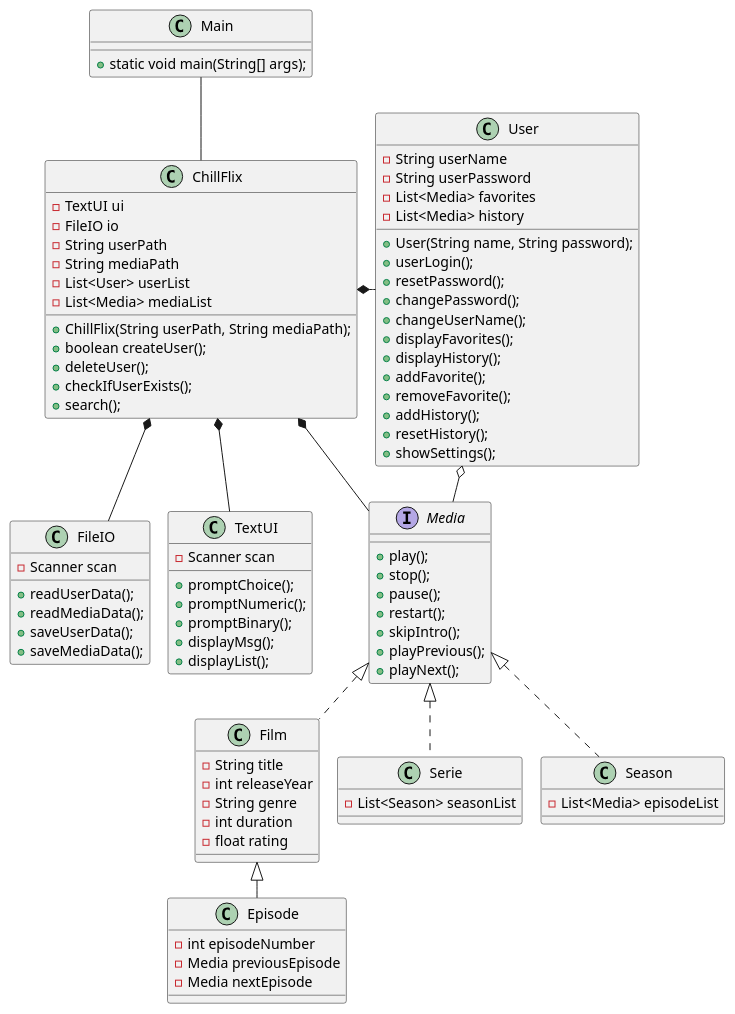
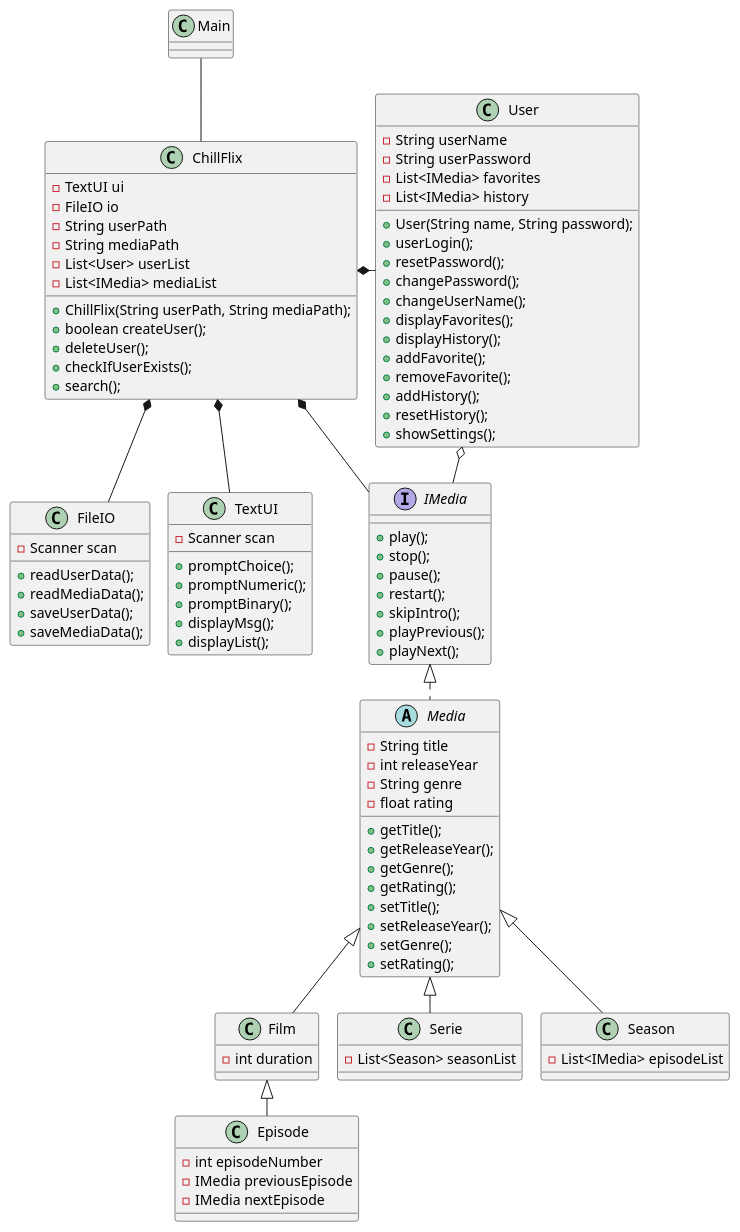
One commit to Falcho/SP3 changed the diagram in docs/classDiagram.puml. Above: the diagram before and after it, drawn with PlantUML.

Commit message:
Added abstract class media to class diagram

```diff
--- a/docs/classDiagram.puml
+++ b/docs/classDiagram.puml
@@ -1,106 +1,110 @@
 @startuml
 'https://plantuml.com/class-diagram
 !pragma layout smetana
-
-Class Main{
-+static void main(String[] args);
-}
 
 Class ChillFlix{
 -TextUI ui
 -FileIO io
 -String userPath
 -String mediaPath
 -List<User> userList
--List<Media> mediaList
+-List<IMedia> mediaList
 +ChillFlix(String userPath, String mediaPath);
 +boolean createUser();
 +deleteUser();
 +checkIfUserExists();
 +search();
 }
 
 Class FileIO{
 -Scanner scan
 +readUserData();
 +readMediaData();
 +saveUserData();
 +saveMediaData();
 }
 
 Class TextUI{
 -Scanner scan
 +promptChoice();
 +promptNumeric();
 +promptBinary();
 +displayMsg();
 +displayList();
 
 }
 
 
 Class User{
 -String userName
 -String userPassword
--List<Media> favorites
--List<Media> history
+-List<IMedia> favorites
+-List<IMedia> history
 +User(String name, String password);
 +userLogin();
 +resetPassword();
 +changePassword();
 +changeUserName();
 +displayFavorites();
 +displayHistory();
 +addFavorite();
 +removeFavorite();
 +addHistory();
 +resetHistory();
 +showSettings();
 }
 
-Interface Media{
+Interface IMedia{
 +play();
 +stop();
 +pause();
 +restart();
 +skipIntro();
 +playPrevious();
 +playNext();
 }
-
-Class Film {
+abstract Class Media{
 -String title
 -int releaseYear
 -String genre
+-float rating
++getTitle();
++getReleaseYear();
++getGenre();
++getRating();
++setTitle();
++setReleaseYear();
++setGenre();
++setRating();
+}
+
+Class Film {
 -int duration
--float rating
-
 }
 
 Class Serie{
 -List<Season> seasonList
 }
 Class Season{
--List<Media> episodeList
+-List<IMedia> episodeList
 }
 
 Class Episode{
 -int episodeNumber
--Media previousEpisode
--Media nextEpisode
+-IMedia previousEpisode
+-IMedia nextEpisode
 }
 
 Film <|-- Episode
-Media <|.. Film
-Media <|.. Serie
-Media <|.. Season
+Media <|-- Film
+Media <|-- Serie
+Media <|-- Season
+IMedia <|.. Media
 ChillFlix *- User
-ChillFlix *-- Media
+ChillFlix *-- IMedia
 ChillFlix *-- FileIO
 ChillFlix *-- TextUI
 Main -- ChillFlix
-User o- Media
-
-
+User o- IMedia
 
 @enduml
```
